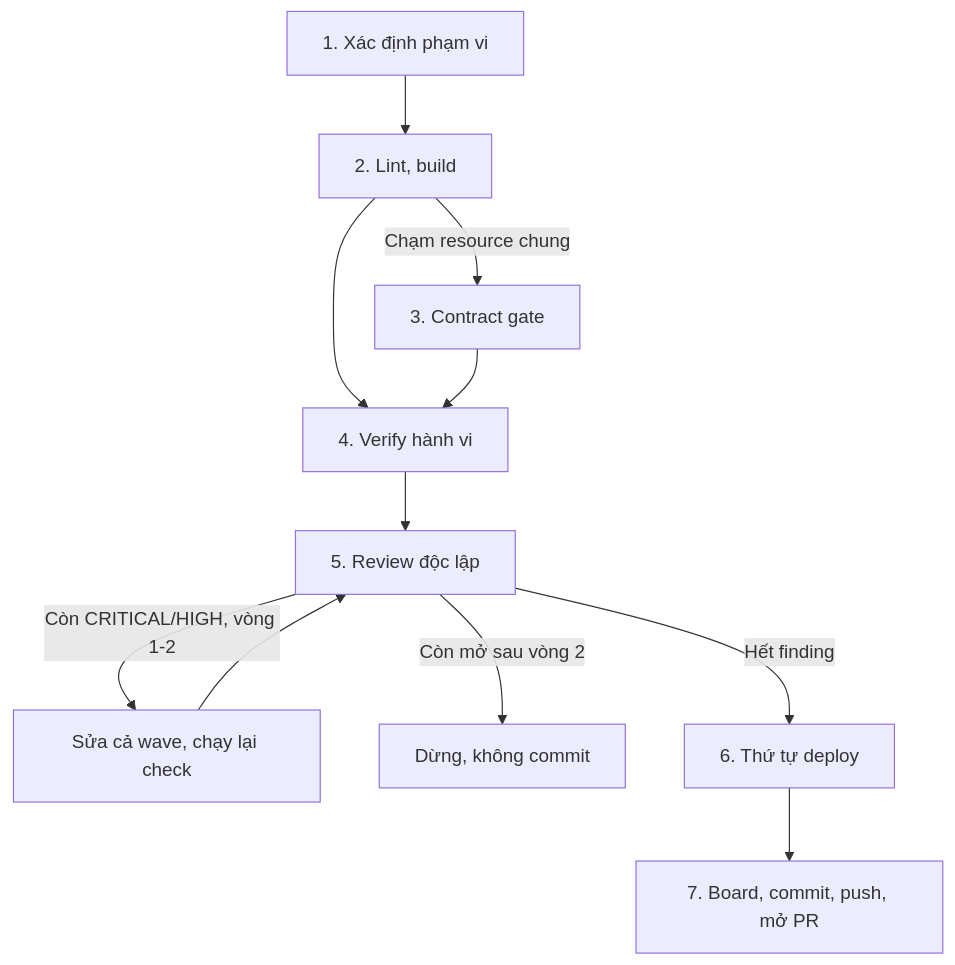
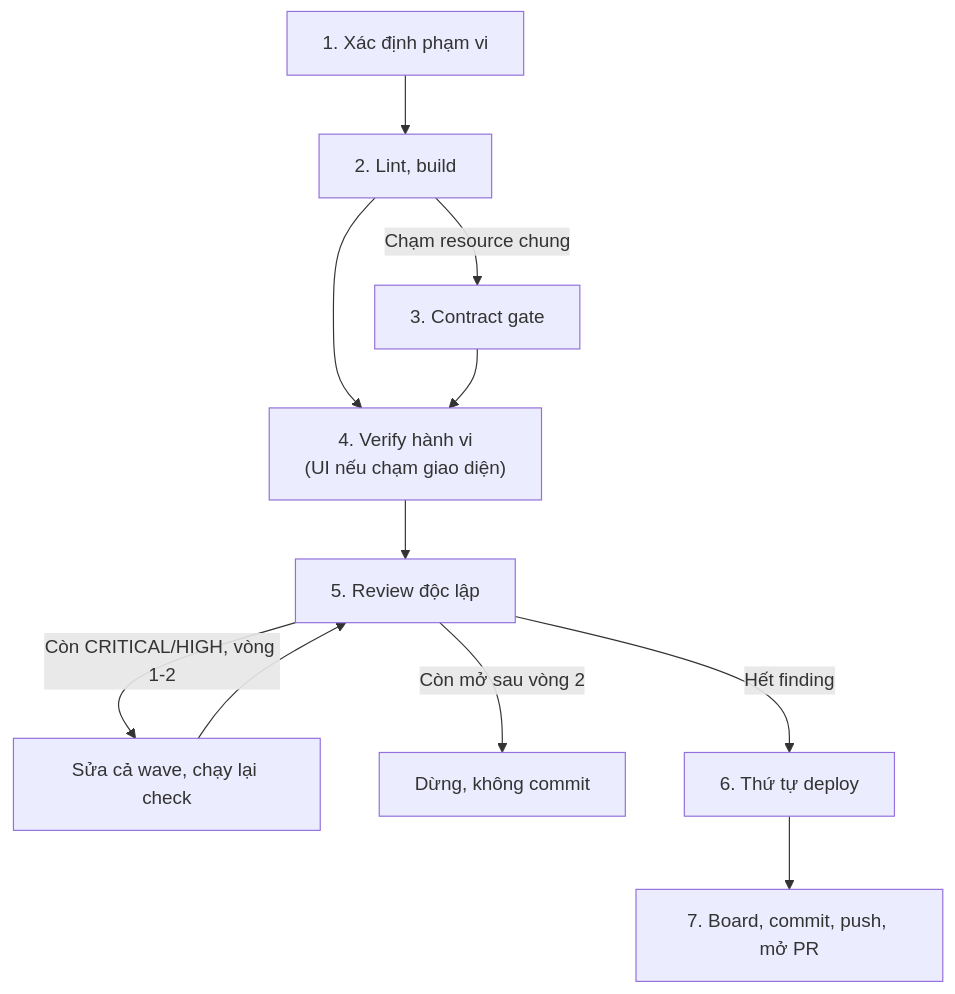
One commit to ZenifyAIContactCenter/zenify-kit changed the diagram in website/workflows/ship.md. Above: the diagram before and after it, drawn with Mermaid. The commit also changed other lines of this file, not shown here.

````diff
--- a/website/workflows/ship.md
+++ b/website/workflows/ship.md
@@ -33,15 +33,15 @@
 ```mermaid
 flowchart TD
   A["1. Xác định phạm vi"] --> B["2. Lint, build"]
   B -->|Chạm resource chung| D["3. Contract gate"]
-  B --> E["4. Verify hành vi"]
+  B --> E["4. Verify hành vi<br/>(UI nếu chạm giao diện)"]
   D --> E
   E --> F["5. Review độc lập"]
   F -->|Còn CRITICAL/HIGH, vòng 1-2| H["Sửa cả wave, chạy lại check"]
   H --> F
   F -->|Còn mở sau vòng 2| I["Dừng, không commit"]
   F -->|Hết finding| J["6. Thứ tự deploy"]
   J --> K["7. Board, commit, push, mở PR"]
   class A,B,D,E,F,H,J,K action
   class I stop
 ```
````
